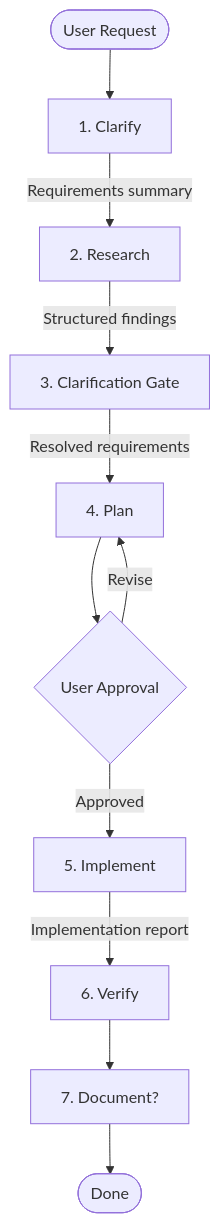
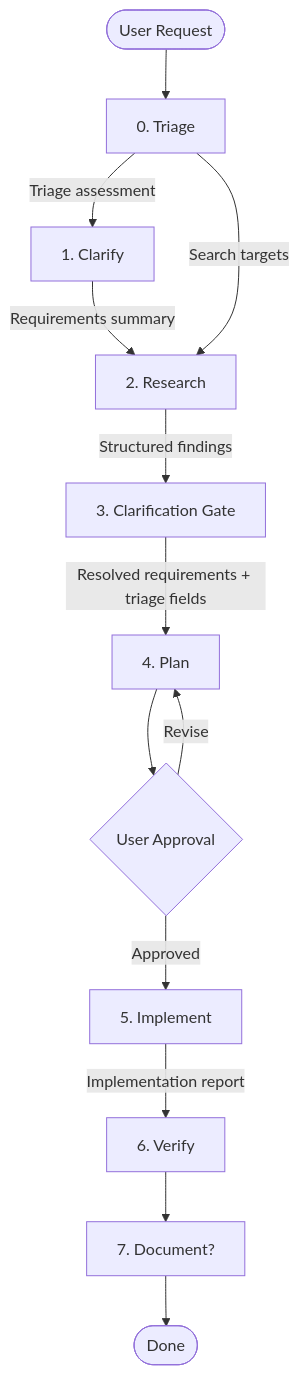
Before and after one commit to izantech/lineup: the diagram in docs/concepts/pipeline.md, drawn with Mermaid. The commit also changed other lines of this file and 91 other files, not shown here.

````diff
--- a/docs/concepts/pipeline.md
+++ b/docs/concepts/pipeline.md
@@ -9,24 +9,27 @@
 ```mermaid
 flowchart TD
     REQ([User Request])
+    S0[0. Triage]
     S1[1. Clarify]
     S2[2. Research]
     S3[3. Clarification Gate]
     S4[4. Plan]
     APPROVE{User Approval}
     S5[5. Implement]
     S6[6. Verify]
     S7[7. Document?]
     DONE([Done])
 
-    REQ --> S1
+    REQ --> S0
+    S0 -->|Triage assessment| S1
     S1 -->|Requirements summary| S2
+    S0 -->|Search targets| S2
     S2 -->|Structured findings| S3
-    S3 -->|Resolved requirements| S4
+    S3 -->|Resolved requirements + triage fields| S4
     S4 --> APPROVE
     APPROVE -->|Approved| S5
     APPROVE -->|Revise| S4
     S5 -->|Implementation report| S6
     S6 --> S7
     S7 --> DONE
 ```
````
